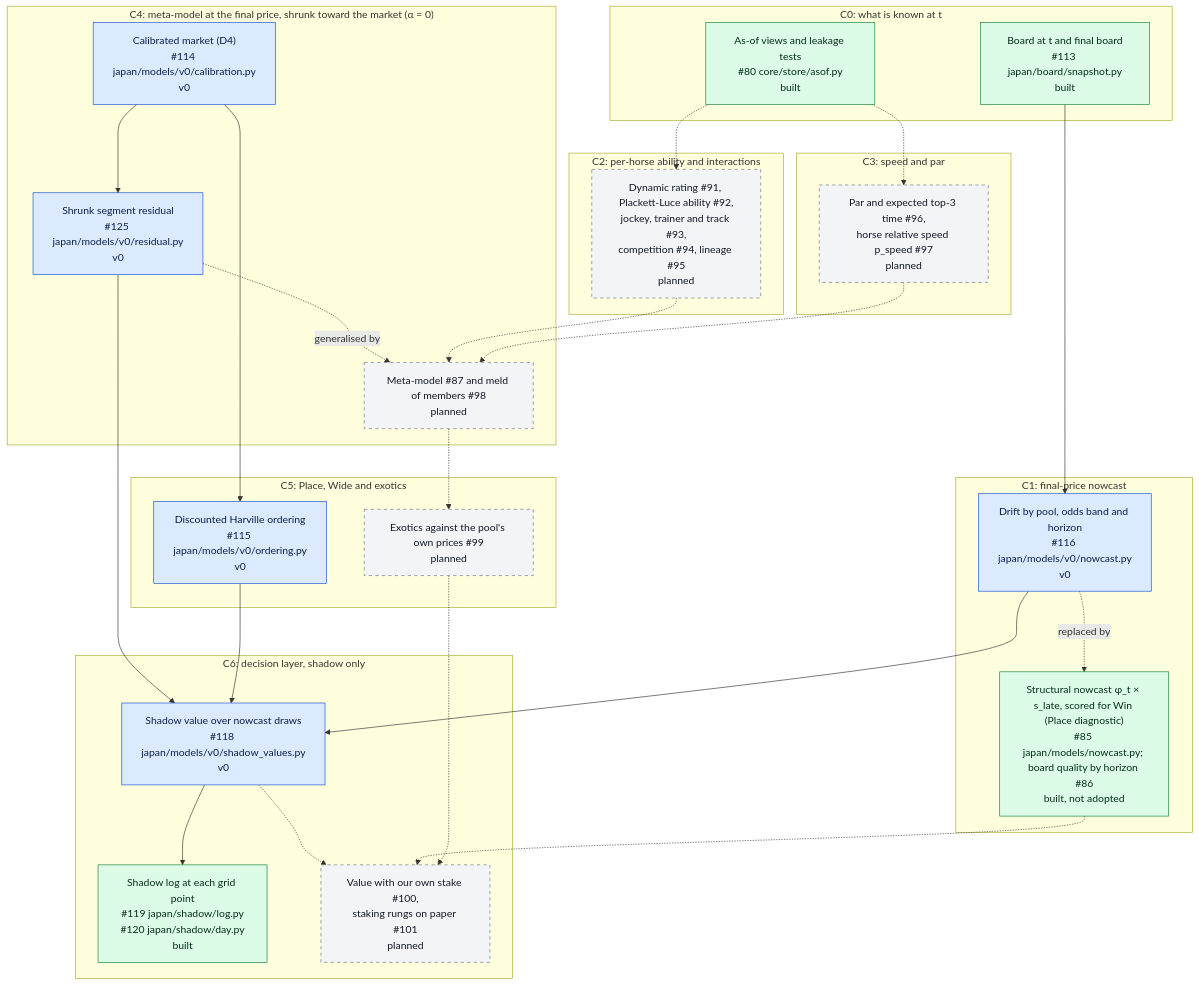
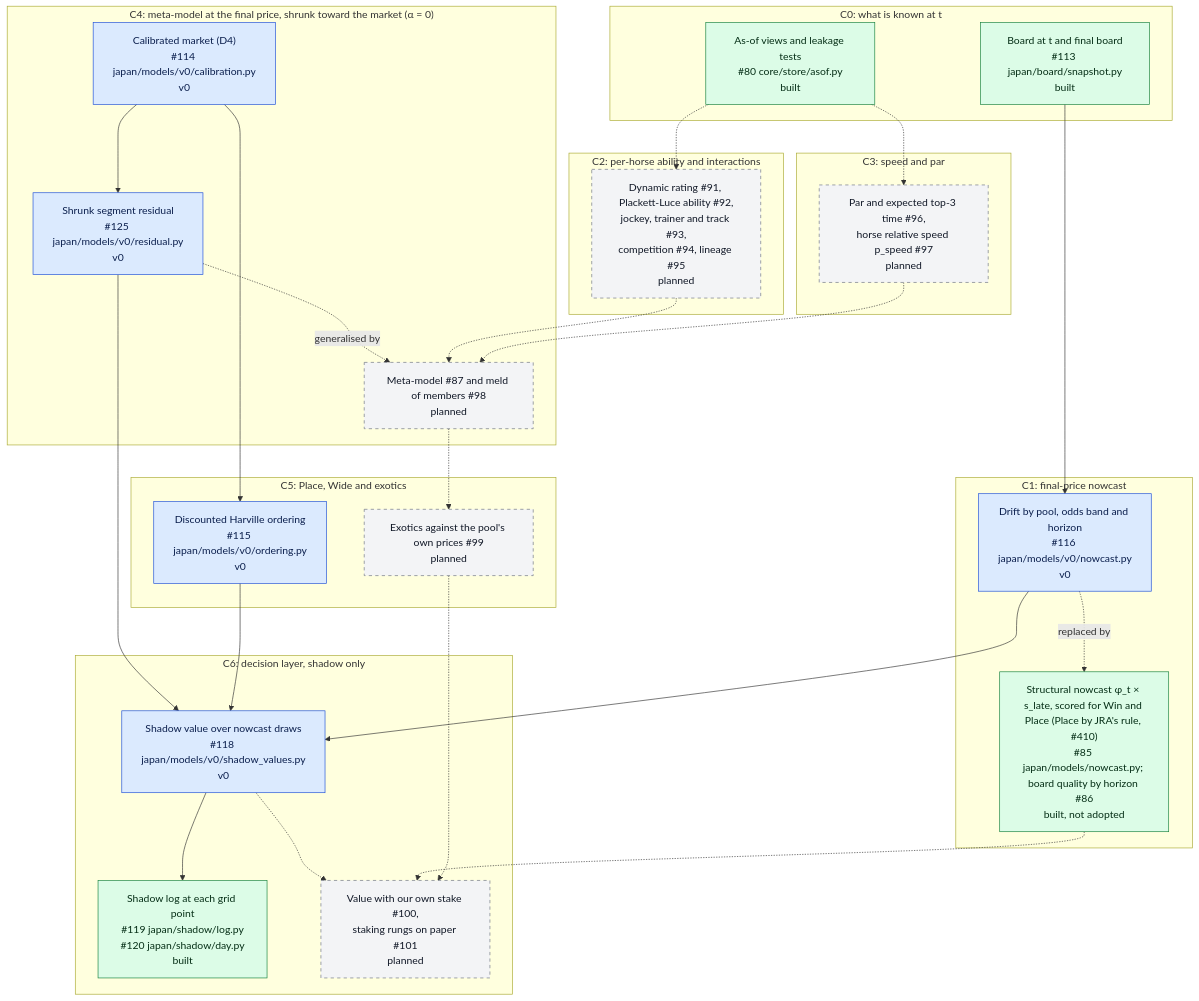
The second of 6 diagrams in docs/modeling.md (rjeskuri/HorseTrackBetting), drawn with Mermaid before and after one commit. The commit also changed 5 other files, not shown here.

First line of the commit message:
Report the Place rule measurement and the v3 re-run (#410)

````diff
--- a/docs/modeling.md
+++ b/docs/modeling.md
@@ -65,55 +65,55 @@
 ```mermaid
 flowchart TB
     subgraph L0["C0: what is known at t"]
         ASOF["As-of views and leakage tests<br/>#80 core/store/asof.py<br/>built"]
         BOARD["Board at t and final board<br/>#113 japan/board/snapshot.py<br/>built"]
     end
     subgraph L1["C1: final-price nowcast"]
         NC0["Drift by pool, odds band and horizon<br/>#116 japan/models/v0/nowcast.py<br/>v0"]
-        NC1["Structural nowcast φ_t × s_late, scored for Win (Place diagnostic)<br/>#85 japan/models/nowcast.py; board quality by horizon #86<br/>built, not adopted"]
+        NC1["Structural nowcast φ_t × s_late, scored for Win and Place (Place by JRA's rule, #410)<br/>#85 japan/models/nowcast.py; board quality by horizon #86<br/>built, not adopted"]
     end
     subgraph L2["C2: per-horse ability and interactions"]
         ABIL["Dynamic rating #91, Plackett-Luce ability #92,<br/>jockey, trainer and track #93,<br/>competition #94, lineage #95<br/>planned"]
     end
     subgraph L3["C3: speed and par"]
         SPEED["Par and expected top-3 time #96,<br/>horse relative speed p_speed #97<br/>planned"]
     end
     subgraph L4["C4: meta-model at the final price, shrunk toward the market (α = 0)"]
         CAL["Calibrated market (D4)<br/>#114 japan/models/v0/calibration.py<br/>v0"]
         RES["Shrunk segment residual<br/>#125 japan/models/v0/residual.py<br/>v0"]
         META["Meta-model #87 and meld of members #98<br/>planned"]
     end
     subgraph L5["C5: Place, Wide and exotics"]
         ORD["Discounted Harville ordering<br/>#115 japan/models/v0/ordering.py<br/>v0"]
         EXO["Exotics against the pool's own prices #99<br/>planned"]
     end
     subgraph L6["C6: decision layer, shadow only"]
         SV["Shadow value over nowcast draws<br/>#118 japan/models/v0/shadow_values.py<br/>v0"]
         SLOG["Shadow log at each grid point<br/>#119 japan/shadow/log.py<br/>#120 japan/shadow/day.py<br/>built"]
         STAKE["Value with our own stake #100,<br/>staking rungs on paper #101<br/>planned"]
     end
     BOARD --> NC0
     NC0 -.->|"replaced by"| NC1
     ASOF -.-> ABIL
     ASOF -.-> SPEED
     CAL --> RES
     CAL --> ORD
     RES -.->|"generalised by"| META
     ABIL -.-> META
     SPEED -.-> META
     META -.-> EXO
     RES --> SV
     ORD --> SV
     NC0 --> SV
     SV --> SLOG
     SV -.-> STAKE
     NC1 -.-> STAKE
     EXO -.-> STAKE
 
     classDef v0 fill:#dbeafe,stroke:#1d4ed8,color:#0b1f4d
     classDef built fill:#dcfce7,stroke:#15803d,color:#052e16
     classDef planned fill:#f3f4f6,stroke:#6b7280,stroke-dasharray: 5 5,color:#111827
     class NC0,CAL,RES,ORD,SV v0
     class ASOF,BOARD,SLOG,NC1 built
     class ABIL,SPEED,META,EXO,STAKE planned
 ```
````
